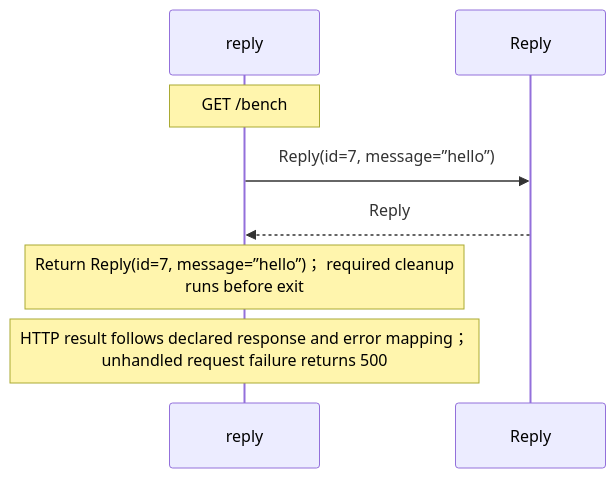
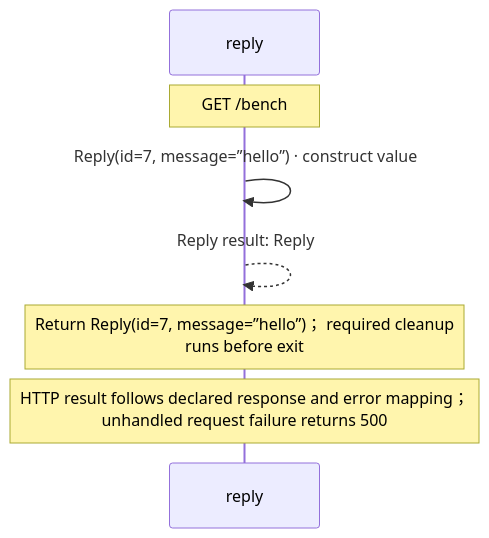
The diagram in benchmarks/http/routes.aug.diagrams.md (GreenPandaStudios/augscript), drawn with Mermaid before and after one commit. The commit also changed other lines of this file and 304 other files, not shown here.

Commit message:
Make generated data-flow sequences concise and review every diagram

````diff
--- a/benchmarks/http/routes.aug.diagrams.md
+++ b/benchmarks/http/routes.aug.diagrams.md
@@ -38,10 +26,10 @@
 ```mermaid
 sequenceDiagram
     participant p0 as reply
-    participant p1 as Reply
+
     Note over p0: GET /bench
-    p0->>p1: Reply(id=7, message=”hello”)
-    p1-->>p0: Reply
+    p0->>p0: Reply(id=7, message=”hello”) · construct value
+    p0-->>p0: Reply result: Reply
     Note over p0: Return Reply(id=7, message=”hello”)； required cleanup<br/>runs before exit
     Note over p0: HTTP result follows declared response and error mapping；<br/>unhandled request failure returns 500
 ```
````
